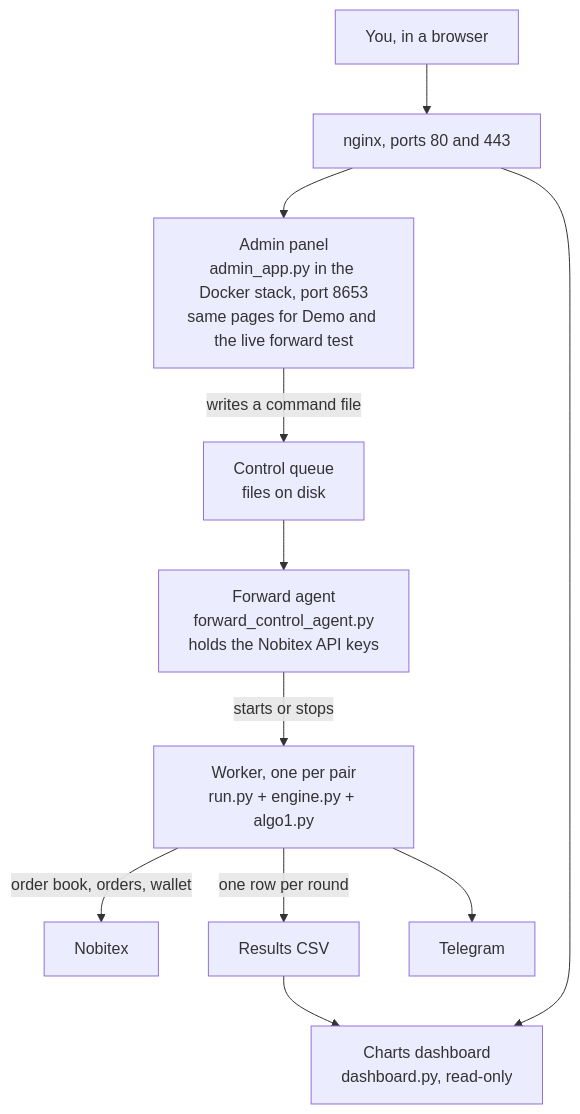
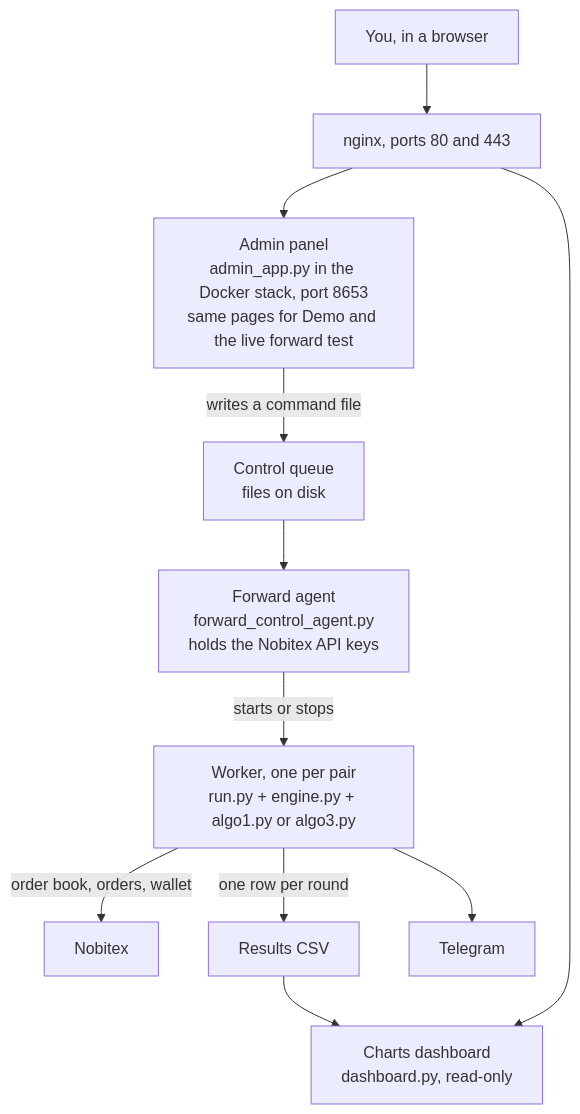
One commit to Alireza77n/Limit-Order-Book changed the first of 2 diagrams in PROJECT_GUIDE.md. Above: the diagram before and after it, drawn with Mermaid. The commit also changed other lines of this file and 32 other files, not shown here.

````diff
--- a/PROJECT_GUIDE.md
+++ b/PROJECT_GUIDE.md
@@ -52,13 +58,13 @@
 ```mermaid
 flowchart TD
     U[You, in a browser] --> N[nginx, ports 80 and 443]
     N --> A[Admin panel<br/>admin_app.py in the Docker stack, port 8653<br/>same pages for Demo and the live forward test]
     N --> D[Charts dashboard<br/>dashboard.py, read-only]
     A -->|writes a command file| Q[Control queue<br/>files on disk]
     Q --> G[Forward agent<br/>forward_control_agent.py<br/>holds the Nobitex API keys]
-    G -->|starts or stops| W[Worker, one per pair<br/>run.py + engine.py + algo1.py]
+    G -->|starts or stops| W[Worker, one per pair<br/>run.py + engine.py + algo1.py or algo3.py]
     W -->|order book, orders, wallet| X[Nobitex]
     W -->|one row per round| R[Results CSV]
     W --> T[Telegram]
     R --> D
 ```
````
